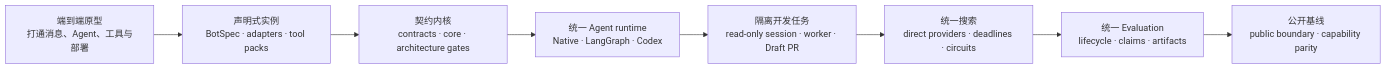
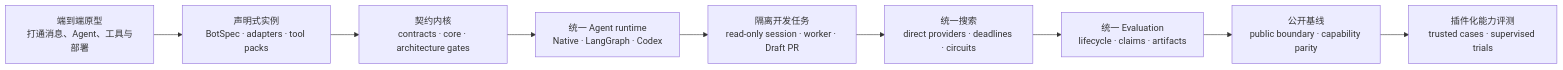
The diagram in docs/project-history.md (Ling-ye/AgentStrata), drawn with Mermaid before and after one commit. The commit also changed other lines of this file and 115 other files, not shown here.

````diff
--- a/docs/project-history.md
+++ b/docs/project-history.md
@@ -14,13 +14,14 @@
 ```mermaid
 flowchart LR
     A["端到端原型<br/>打通消息、Agent、工具与部署"]
     B["声明式实例<br/>BotSpec · adapters · tool packs"]
     C["契约内核<br/>contracts · core · architecture gates"]
     D["统一 Agent runtime<br/>Native · LangGraph · Codex"]
     E["隔离开发任务<br/>read-only session · worker · Draft PR"]
     F["统一搜索<br/>direct providers · deadlines · circuits"]
     G["统一 Evaluation<br/>lifecycle · claims · artifacts"]
     H["公开基线<br/>public boundary · capability parity"]
+    I["插件化能力评测<br/>trusted cases · supervised trials"]
 
-    A --> B --> C --> D --> E --> F --> G --> H
+    A --> B --> C --> D --> E --> F --> G --> H --> I
 ```
````
